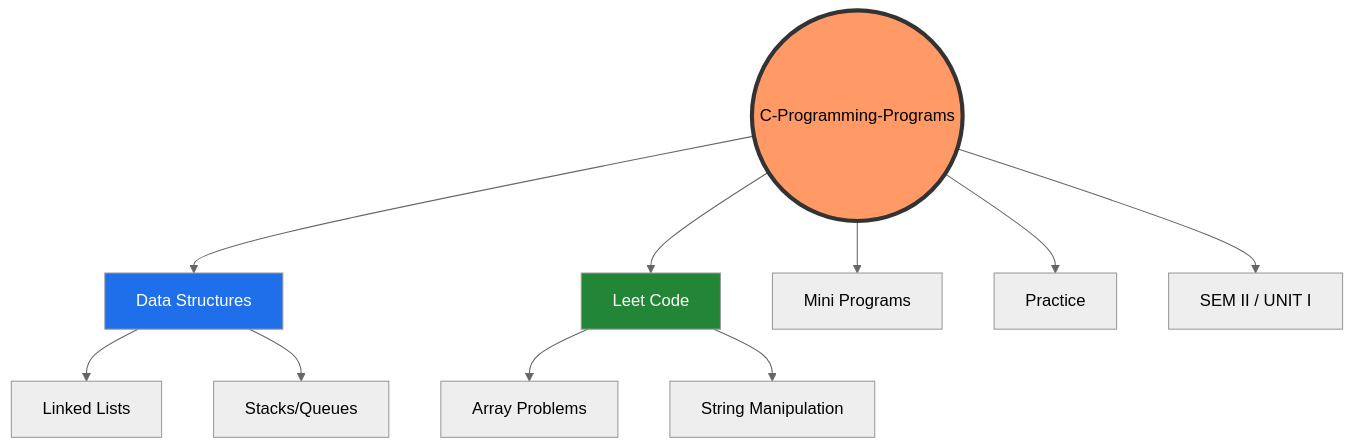
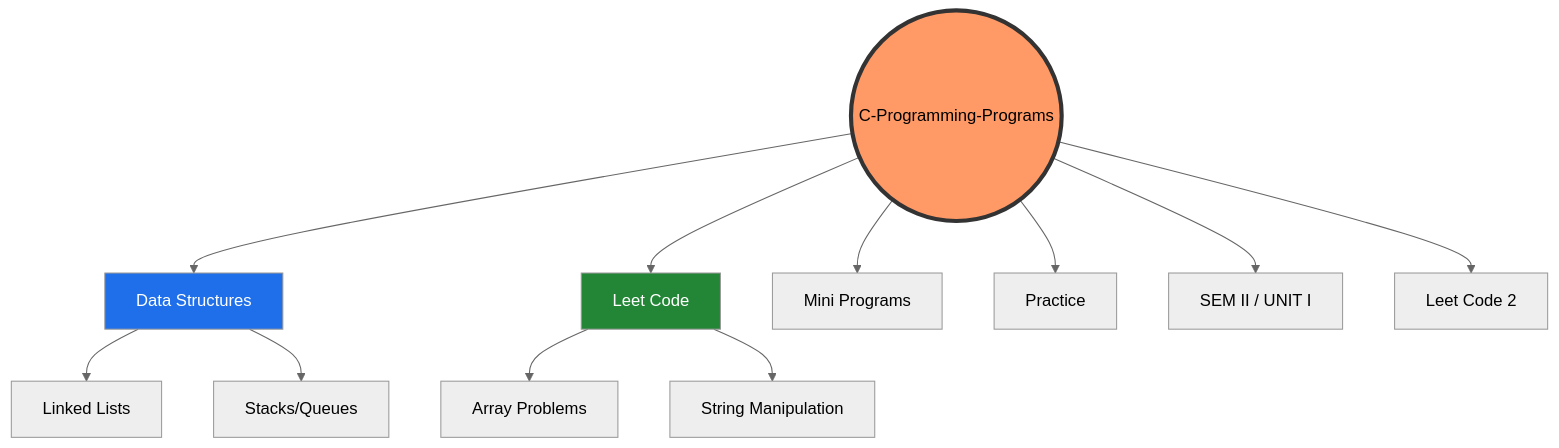
The diagram in README.md (Vaibhav-S-Gowda/C-Programming-Programs), drawn with Mermaid (neutral theme) before and after one commit.

Commit message:
Add Leet Code 2 section to README

````diff
--- a/README.md
+++ b/README.md
@@ -19,17 +19,18 @@
 ```mermaid
 graph TD
     Root((C-Programming-Programs)) --> DS[Data Structures]
     Root --> LC[Leet Code]
     Root --> MP[Mini Programs]
     Root --> PR[Practice]
     Root --> SEM[SEM II / UNIT I]
+    Root --> G[Leet Code 2]
     
     DS --> LL[Linked Lists]
     DS --> ST[Stacks/Queues]
     LC --> AR[Array Problems]
     LC --> ST2[String Manipulation]
     
     style Root fill:#f96,stroke:#333,stroke-width:4px
     style DS fill:#1f6feb,color:#fff
     style LC fill:#238636,color:#fff
 ```
````
